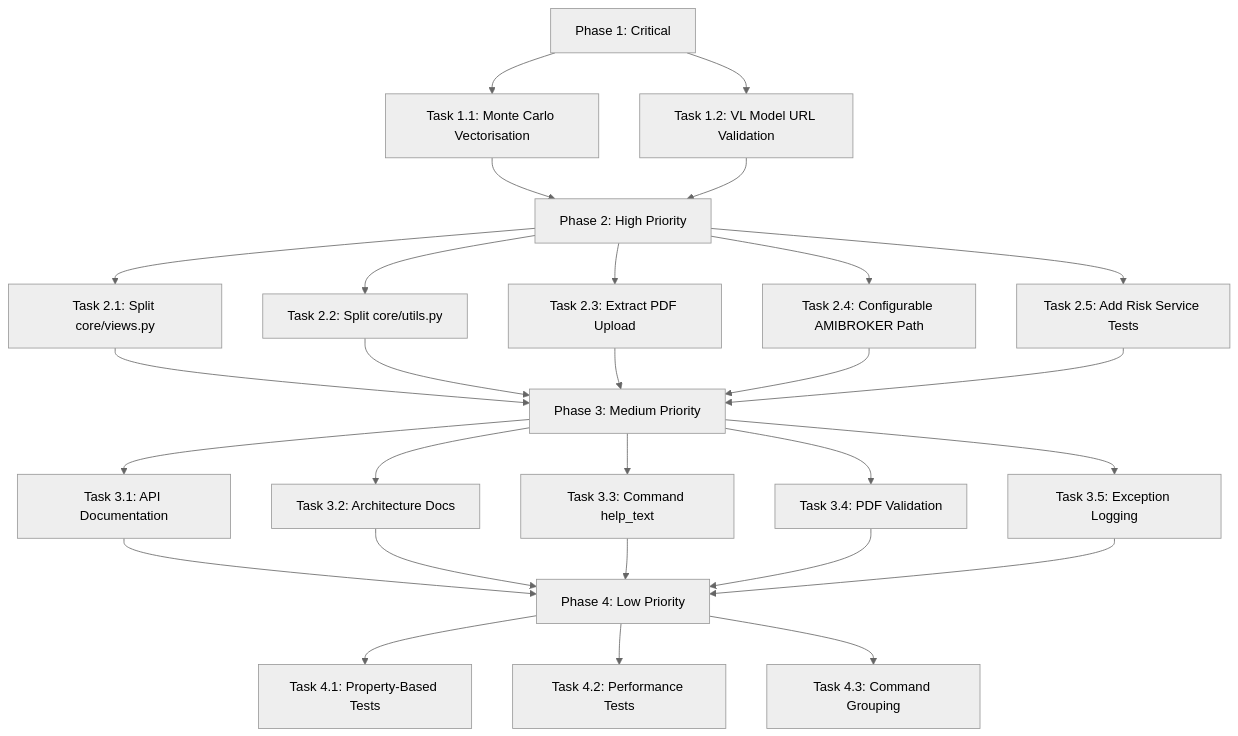
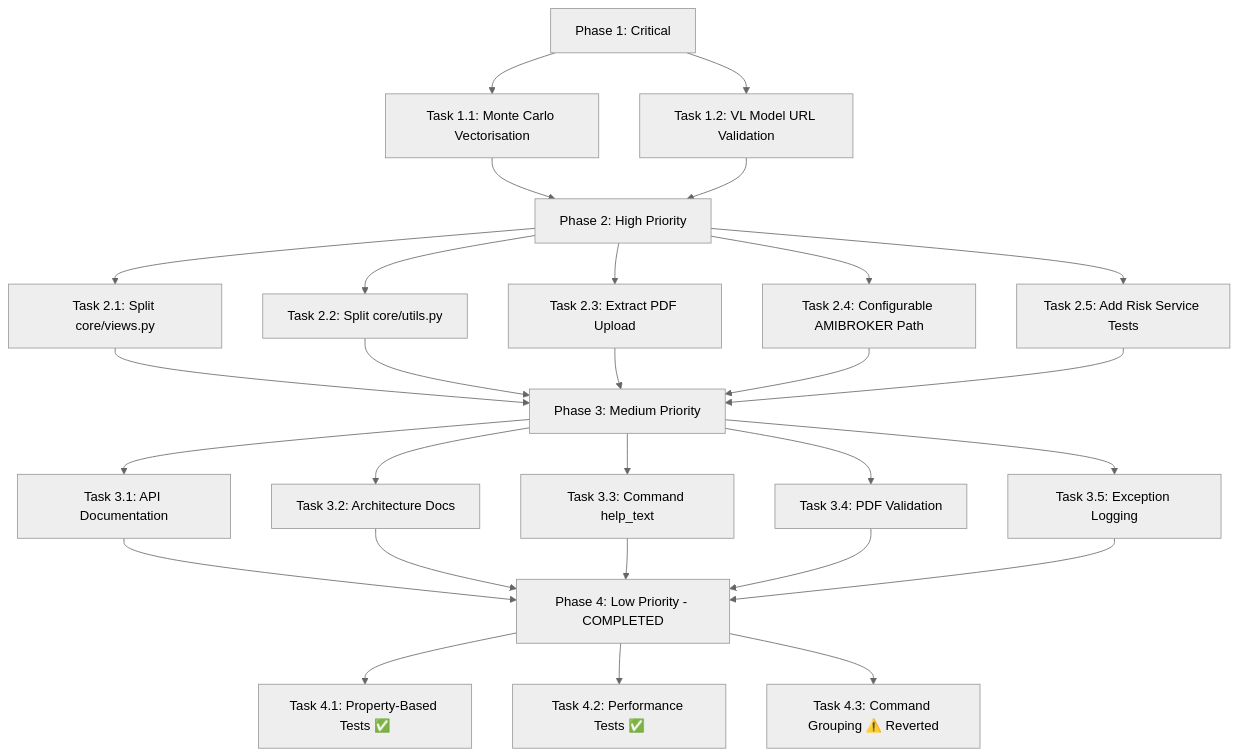
The diagram in IMPLEMENTATION_PLAN.md (tdwbiz/portfolio_manager), drawn with Mermaid (neutral theme) before and after one commit. The commit also changed other lines of this file and 4 other files, not shown here.

First line of the commit message:
Phase 4: Add property-based & performance regression tests

````diff
--- a/IMPLEMENTATION_PLAN.md
+++ b/IMPLEMENTATION_PLAN.md
@@ -513,30 +513,30 @@
 ```mermaid
 graph TD
     A[Phase 1: Critical] --> B[Task 1.1: Monte Carlo Vectorisation]
     A --> C[Task 1.2: VL Model URL Validation]
     B --> D[Phase 2: High Priority]
     C --> D
     D --> E[Task 2.1: Split core/views.py]
     D --> F[Task 2.2: Split core/utils.py]
     D --> G[Task 2.3: Extract PDF Upload]
     D --> H[Task 2.4: Configurable AMIBROKER Path]
     D --> I[Task 2.5: Add Risk Service Tests]
     E --> J[Phase 3: Medium Priority]
     F --> J
     G --> J
     H --> J
     I --> J
     J --> K[Task 3.1: API Documentation]
     J --> L[Task 3.2: Architecture Docs]
     J --> M[Task 3.3: Command help_text]
     J --> N[Task 3.4: PDF Validation]
     J --> O[Task 3.5: Exception Logging]
-    K --> P[Phase 4: Low Priority]
+    K --> P[Phase 4: Low Priority - COMPLETED]
     L --> P
     M --> P
     N --> P
     O --> P
-    P --> Q[Task 4.1: Property-Based Tests]
-    P --> R[Task 4.2: Performance Tests]
-    P --> S[Task 4.3: Command Grouping]
+    P --> Q[Task 4.1: Property-Based Tests ✅]
+    P --> R[Task 4.2: Performance Tests ✅]
+    P --> S[Task 4.3: Command Grouping ⚠️ Reverted]
 ```
````
